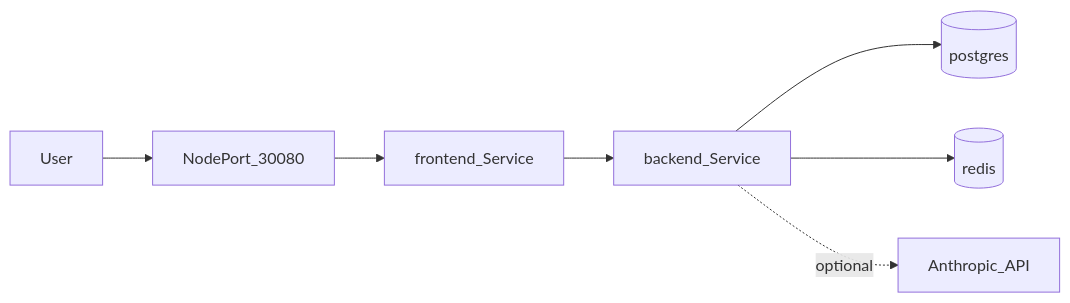
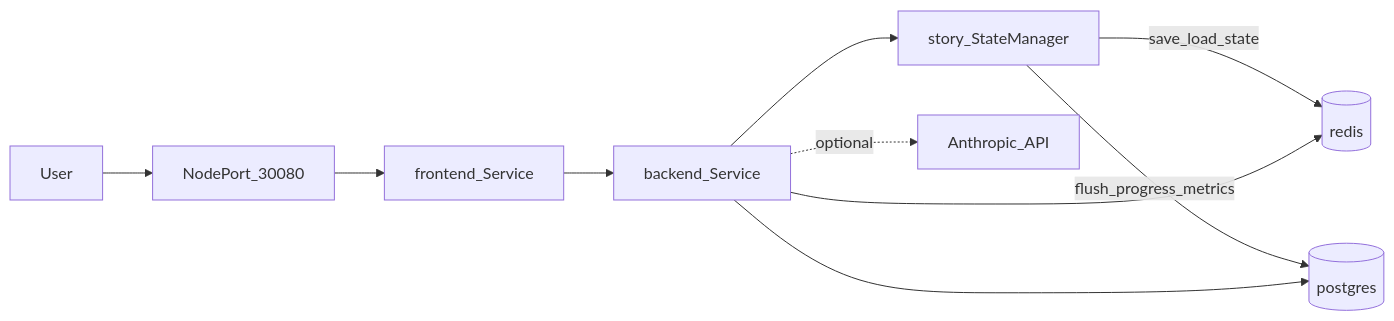
Before and after one commit to protektiq/questmode: the first of 3 diagrams in DATA_FLOW.md, drawn with Mermaid. The commit also changed other lines of this file and 4 other files, not shown here.

````diff
--- a/DATA_FLOW.md
+++ b/DATA_FLOW.md
@@ -5,16 +5,20 @@
 ```mermaid
 flowchart LR
   user[User]
   np[NodePort_30080]
   fe[frontend_Service]
   be[backend_Service]
+  storyEngine[story_StateManager]
   pg[(postgres)]
   rd[(redis)]
   anthropic[Anthropic_API]
   user --> np
   np --> fe
   fe --> be
+  be --> storyEngine
+  storyEngine -->|save_load_state| rd
+  storyEngine -->|flush_progress_metrics| pg
   be --> pg
   be --> rd
   be -. optional .-> anthropic
 ```
````
